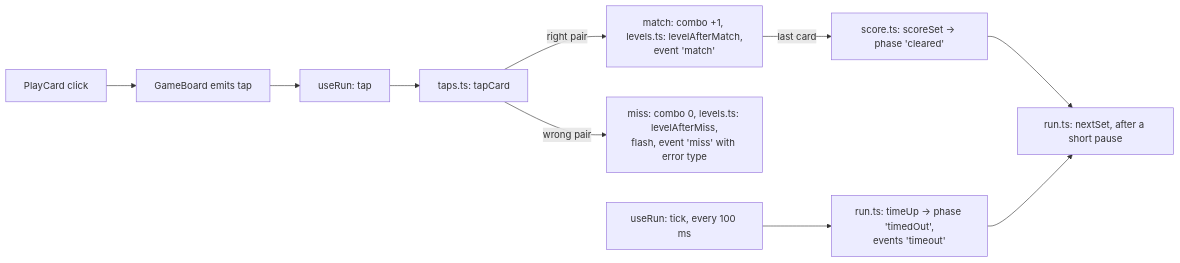
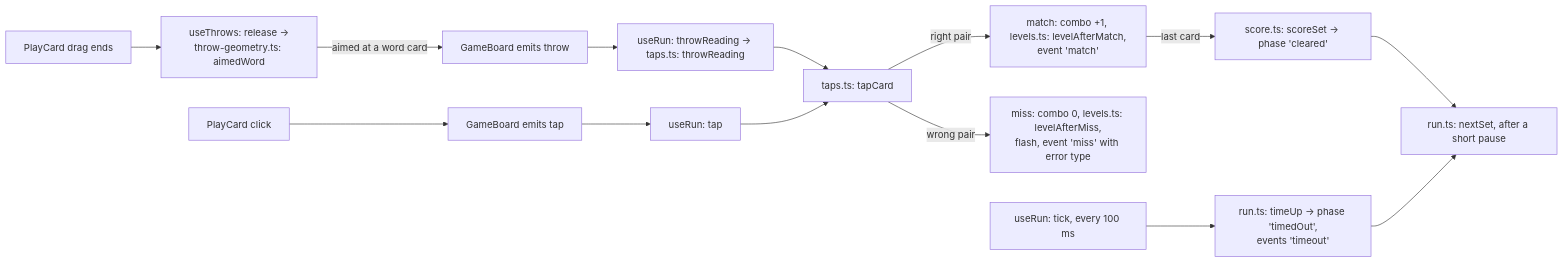
Before and after one commit to NabilRobert/juku-arcade: the second of 2 diagrams in docs/guide.md, drawn with Mermaid. The commit also changed other lines of this file and 12 other files, not shown here.

First line of the commit message:
feat(board): throw reading cards by hand and fit the game to the window

````diff
--- a/docs/guide.md
+++ b/docs/guide.md
@@ -52,12 +52,16 @@
 ```mermaid
 flowchart LR
+    T["PlayCard drag ends"] --> U["useThrows: release →<br/>throw-geometry.ts: aimedWord"]
+    U -->|"aimed at a word card"| V["GameBoard emits throw"]
+    V --> W["useRun: throwReading → taps.ts: throwReading"]
+    W --> D
     A["PlayCard click"] --> B["GameBoard emits tap"]
     B --> C["useRun: tap"]
     C --> D["taps.ts: tapCard"]
     D -->|"right pair"| E["match: combo +1, levels.ts: levelAfterMatch,<br/>event 'match'"]
     D -->|"wrong pair"| F["miss: combo 0, levels.ts: levelAfterMiss,<br/>flash, event 'miss' with error type"]
     E -->|"last card"| G["score.ts: scoreSet → phase 'cleared'"]
     H["useRun: tick, every 100 ms"] --> I["run.ts: timeUp → phase 'timedOut',<br/>events 'timeout'"]
     G --> J["run.ts: nextSet, after a short pause"]
     I --> J
 ```
````
